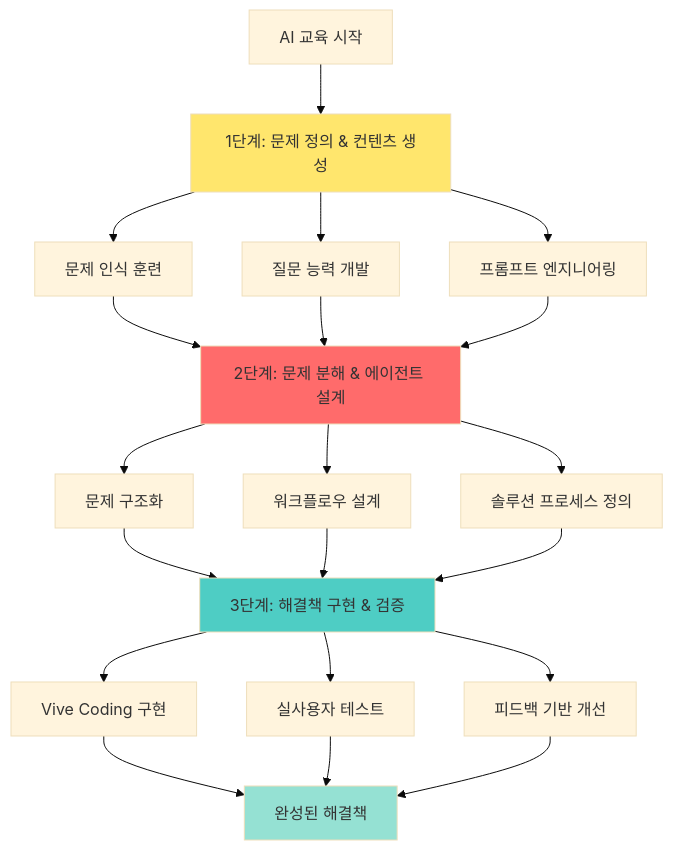
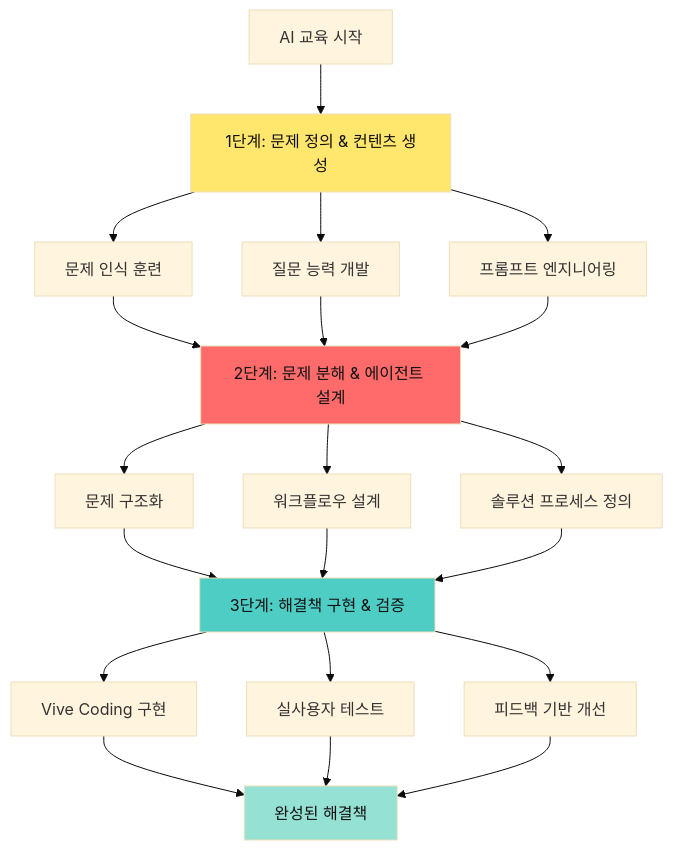
Before and after one commit to Collegenie-X/AI-Vive-Coding: the second of 32 diagrams in Docs/AI교육_3단계_프로그램.md, drawn with Mermaid (base theme). The commit also changed 1 other file, not shown here.

Commit message:
updated AI 교육 문서 updated

````diff
--- a/Docs/AI교육_3단계_프로그램.md
+++ b/Docs/AI교육_3단계_프로그램.md
@@ -42,33 +42,33 @@
 ```mermaid
 flowchart TD
     Start[AI 교육 시작] --> Stage1[1단계: 문제 정의 & 컨텐츠 생성]
     
     Stage1 --> S1_1[문제 인식 훈련]
     Stage1 --> S1_2[질문 능력 개발]
     Stage1 --> S1_3[프롬프트 엔지니어링]
     
     S1_1 --> Stage2[2단계: 문제 분해 & 에이전트 설계]
     S1_2 --> Stage2
     S1_3 --> Stage2
     
     Stage2 --> S2_1[문제 구조화]
     Stage2 --> S2_2[워크플로우 설계]
     Stage2 --> S2_3[솔루션 프로세스 정의]
     
     S2_1 --> Stage3[3단계: 해결책 구현 & 검증]
     S2_2 --> Stage3
     S2_3 --> Stage3
     
     Stage3 --> S3_1[Vive Coding 구현]
     Stage3 --> S3_2[실사용자 테스트]
     Stage3 --> S3_3[피드백 기반 개선]
     
     S3_1 --> End[완성된 해결책]
     S3_2 --> End
     S3_3 --> End
     
-    style Stage1 fill:#ffe66d
-    style Stage2 fill:#ff6b6b
-    style Stage3 fill:#4ecdc4
-    style End fill:#95e1d3
+    style Stage1 fill:#ffe66d,color:#111
+    style Stage2 fill:#ff6b6b,color:#111
+    style Stage3 fill:#4ecdc4,color:#111
+    style End fill:#95e1d3,color:#111
 ```
````
